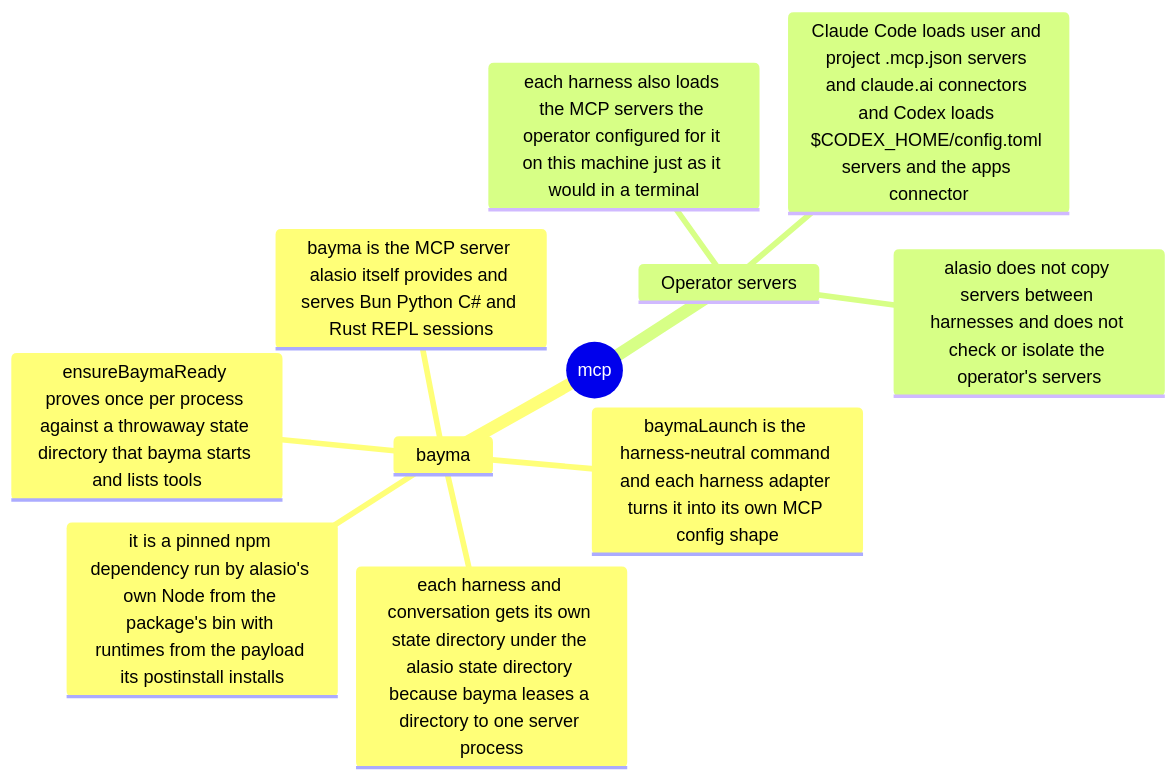
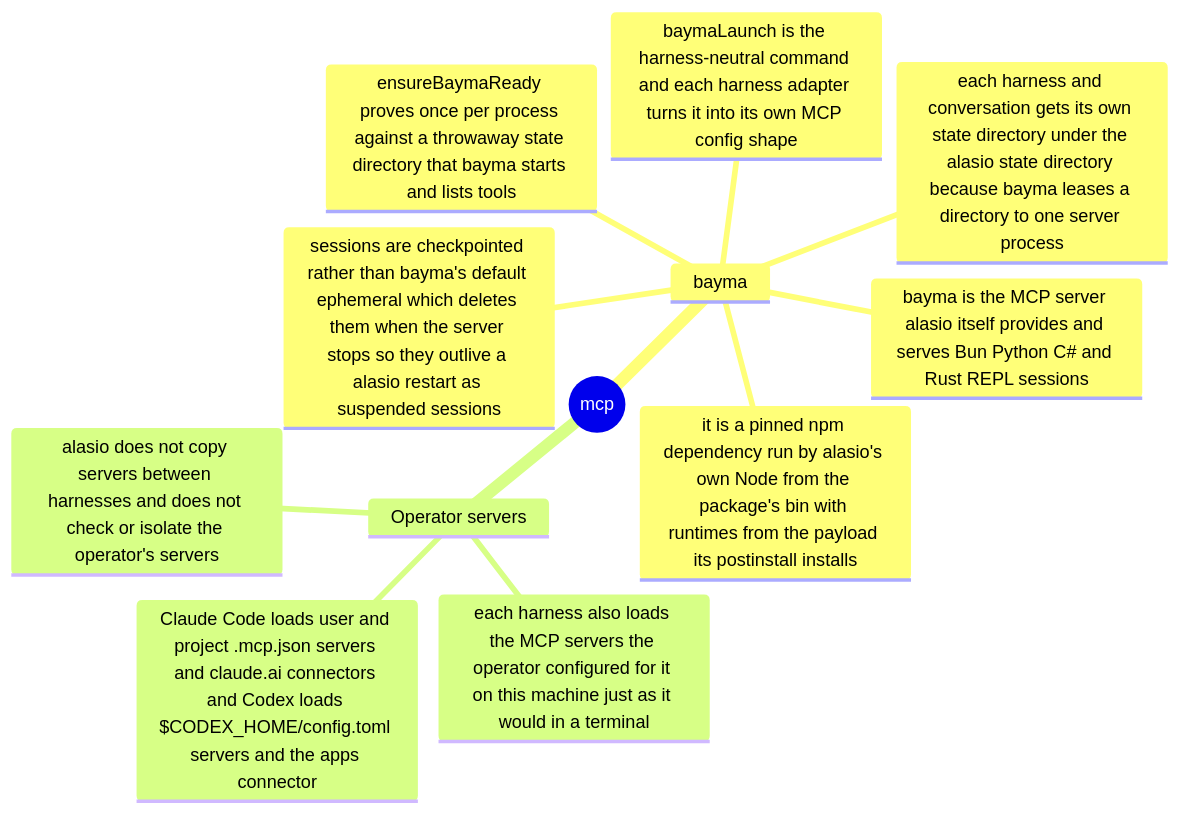
Before and after one commit to eaucoin/alasio: the first of 3 diagrams in src/mcp/README.md, drawn with Mermaid. The commit also changed other lines of this file and 3 other files, not shown here.

First line of the commit message:
Keep bayma sessions across alasio restarts

````diff
--- a/src/mcp/README.md
+++ b/src/mcp/README.md
@@ -2,14 +2,15 @@
 ```mermaid
 mindmap
   root((mcp))
     bayma
       bayma is the MCP server alasio itself provides and serves Bun Python C# and Rust REPL sessions
       it is a pinned npm dependency run by alasio's own Node from the package's bin with runtimes from the payload its postinstall installs
       baymaLaunch is the harness-neutral command and each harness adapter turns it into its own MCP config shape
       each harness and conversation gets its own state directory under the alasio state directory because bayma leases a directory to one server process
+      sessions are checkpointed rather than bayma's default ephemeral which deletes them when the server stops so they outlive a alasio restart as suspended sessions
       ensureBaymaReady proves once per process against a throwaway state directory that bayma starts and lists tools
     Operator servers
       each harness also loads the MCP servers the operator configured for it on this machine just as it would in a terminal
       Claude Code loads user and project .mcp.json servers and claude.ai connectors and Codex loads $CODEX_HOME/config.toml servers and the apps connector
       alasio does not copy servers between harnesses and does not check or isolate the operator's servers
 ```
````
